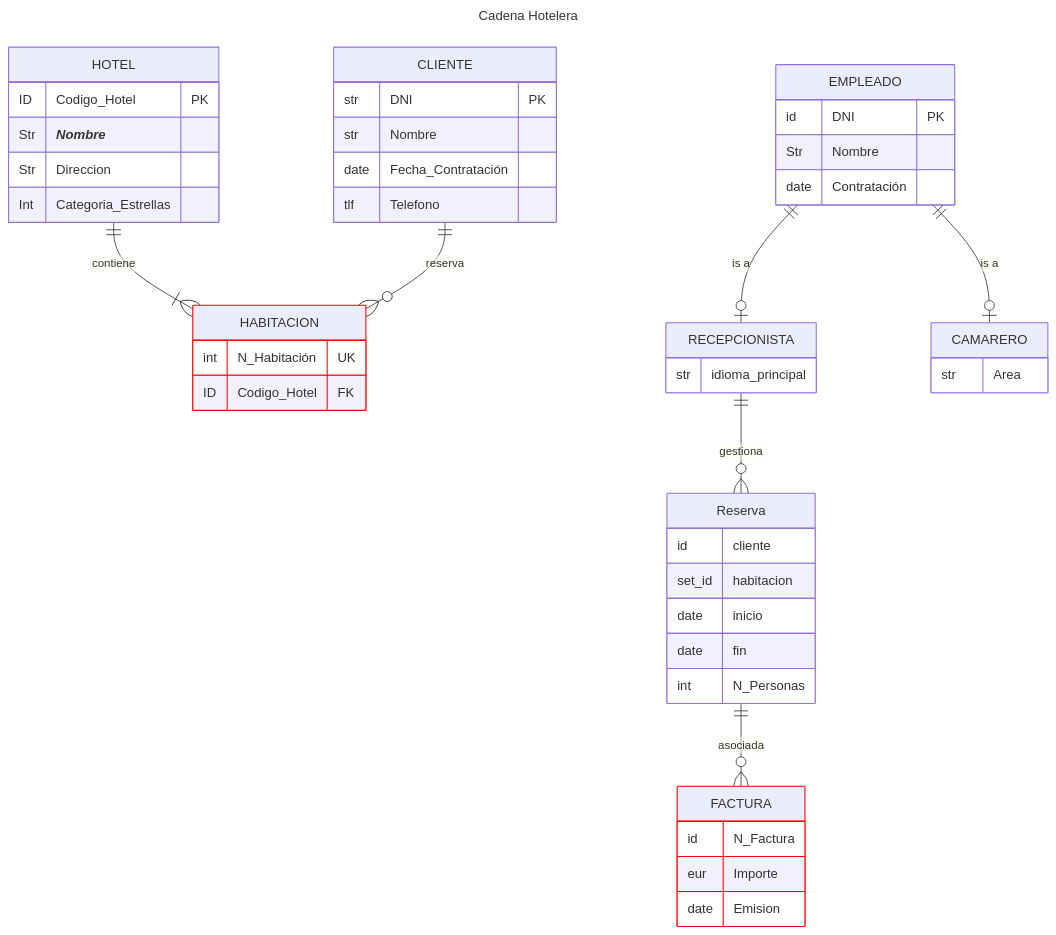
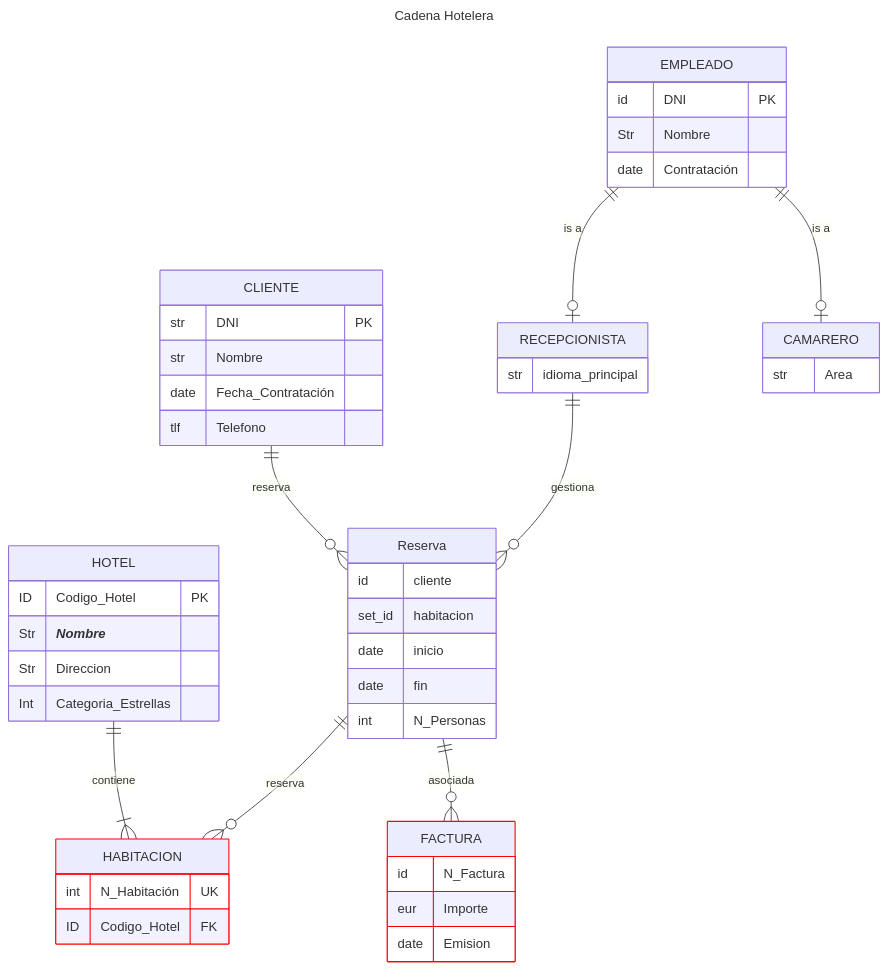
The diagram in Practicas_1_3.md (JulTob/BasesDeDatos), drawn with Mermaid before and after one commit.

````diff
--- a/Practicas_1_3.md
+++ b/Practicas_1_3.md
@@ -42,67 +42,68 @@
 ```mermaid
 ---
 title: Cadena Hotelera
 ---
 erDiagram
 
 HOTEL {
 ID    Codigo_Hotel  PK
 Str  ___Nombre___
 Str Direccion
 Int  Categoria_Estrellas
 }
 
 HABITACION {
 int N_Habitación UK
 ID   Codigo_Hotel  FK
 }
 
 CLIENTE {
 str DNI PK
 str Nombre
 date Fecha_Contratación
 tlf  Telefono
 }
 
 HOTEL ||--|{ HABITACION : contiene
-CLIENTE ||--o{ HABITACION: reserva
+CLIENTE ||--o{ Reserva: reserva
+Reserva ||--o{ HABITACION: reserva
 
 Reserva {
 id cliente
 set_id habitacion
 date inicio
 date fin
 int N_Personas
 }
 
 EMPLEADO {
 id DNI PK
 Str Nombre
 date Contratación
 }
 
 RECEPCIONISTA {
 str idioma_principal
 }
 CAMARERO {
 str Area
 }
 
     EMPLEADO ||--|o RECEPCIONISTA : "is a"
     EMPLEADO ||--|o CAMARERO : "is a"
 
 RECEPCIONISTA ||--o{ Reserva: gestiona
 Reserva ||--o{ FACTURA: asociada
 
 
 FACTURA{
 id N_Factura
 eur Importe
 date Emision
 }
 
 HABITACION:::debil
 FACTURA:::debil
 classDef debil stroke:#f00
 
 ```
````
